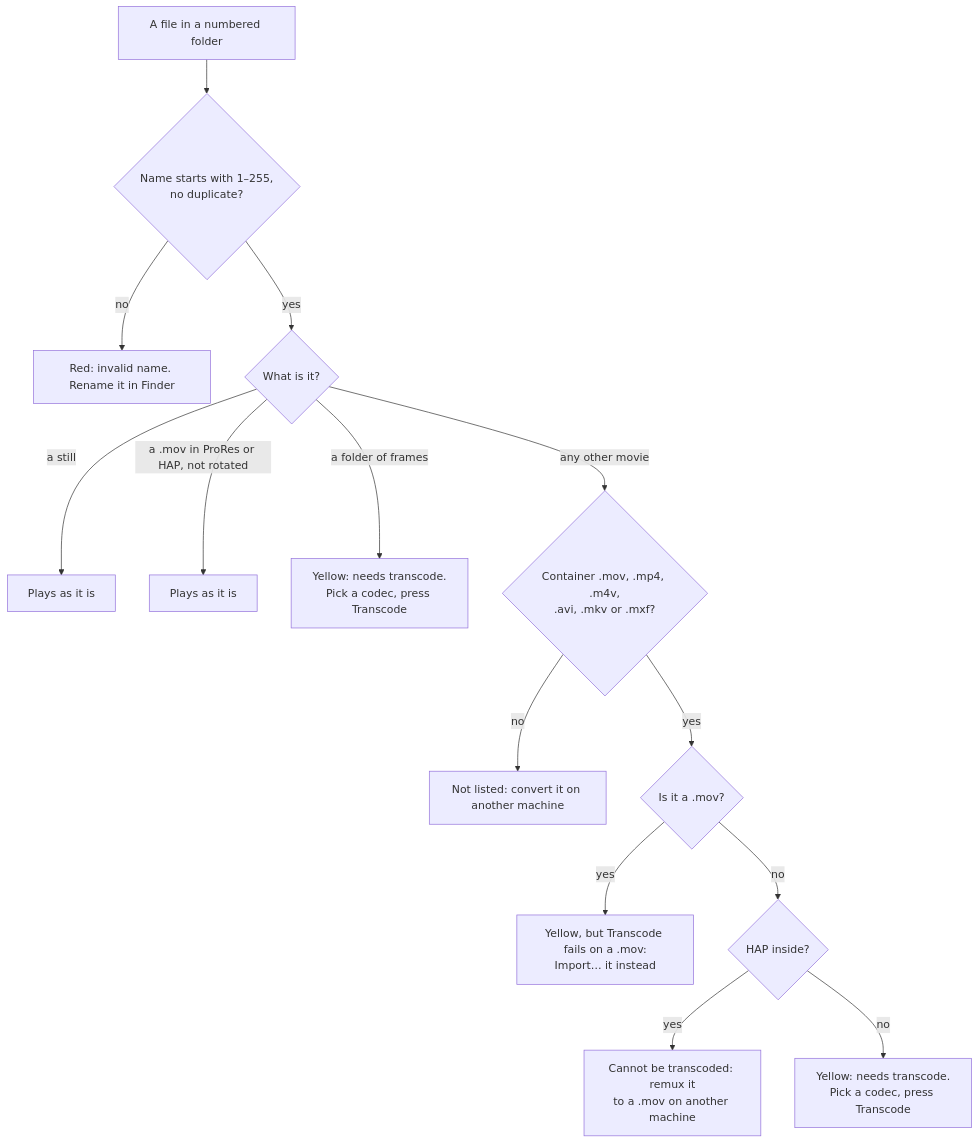
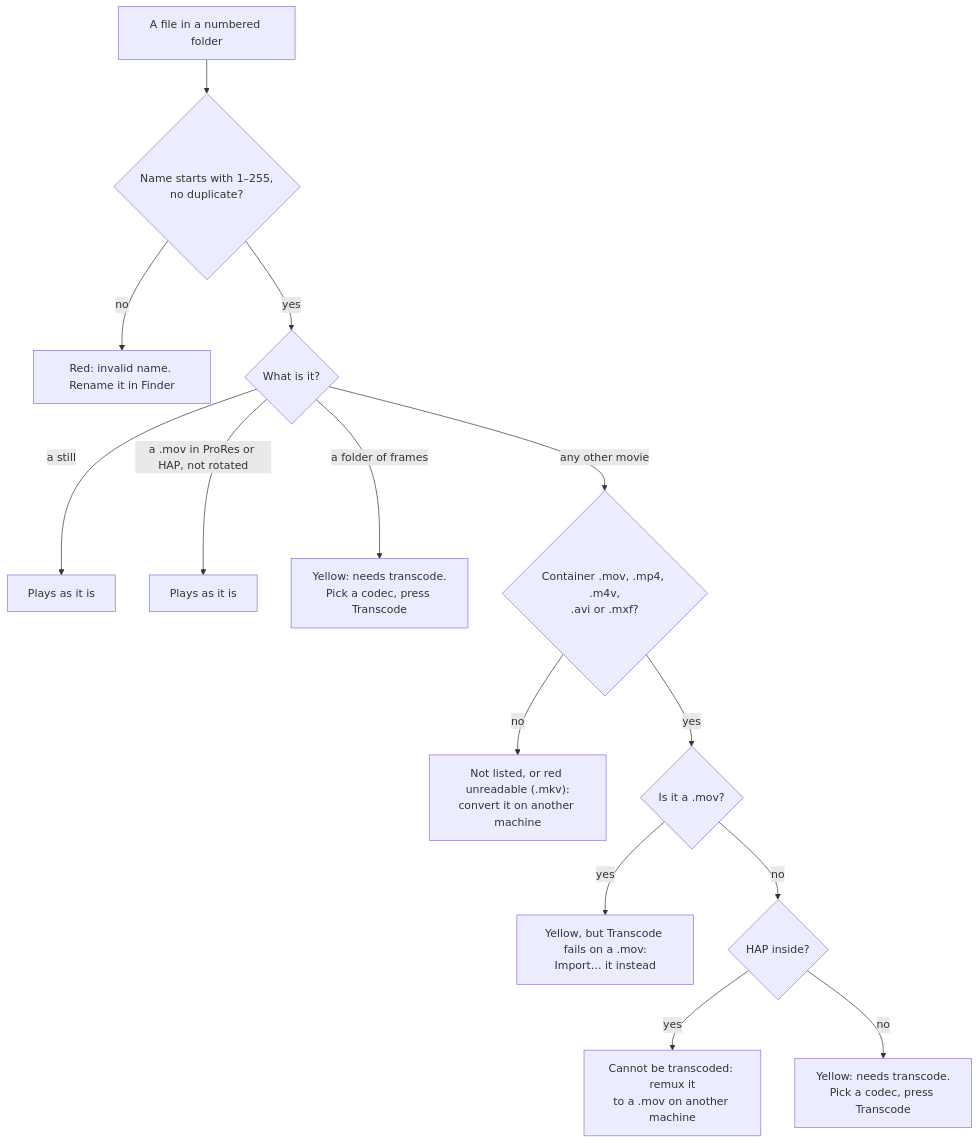
The first of 3 diagrams in docs/user/media-library.md (Timdebruijn/fanous), drawn with Mermaid before and after one commit. The commit also changed other lines of this file and 5 other files, not shown here.

````diff
--- a/docs/user/media-library.md
+++ b/docs/user/media-library.md
@@ -112,16 +114,16 @@
 ```mermaid
 flowchart TD
   file["A file in a numbered folder"] --> name{"Name starts with 1–255,<br>no duplicate?"}
   name -- no --> invalid["Red: invalid name. Rename it in Finder"]
   name -- yes --> kind{"What is it?"}
   kind -- "a still" --> still["Plays as it is"]
   kind -- "a .mov in ProRes or HAP, not rotated" --> native["Plays as it is"]
   kind -- "a folder of frames" --> seq["Yellow: needs transcode.<br>Pick a codec, press Transcode"]
-  kind -- "any other movie" --> other{"Container .mov, .mp4, .m4v,<br>.avi, .mkv or .mxf?"}
-  other -- no --> skipped["Not listed: convert it on another machine"]
+  kind -- "any other movie" --> other{"Container .mov, .mp4, .m4v,<br>.avi or .mxf?"}
+  other -- no --> skipped["Not listed, or red unreadable (.mkv):<br>convert it on another machine"]
   other -- yes --> mov{"Is it a .mov?"}
   mov -- yes --> importit["Yellow, but Transcode fails on a .mov:<br>Import… it instead"]
   mov -- no --> hap{"HAP inside?"}
   hap -- yes --> haphand["Cannot be transcoded: remux it<br>to a .mov on another machine"]
   hap -- no --> transcode["Yellow: needs transcode.<br>Pick a codec, press Transcode"]
 ```
````
